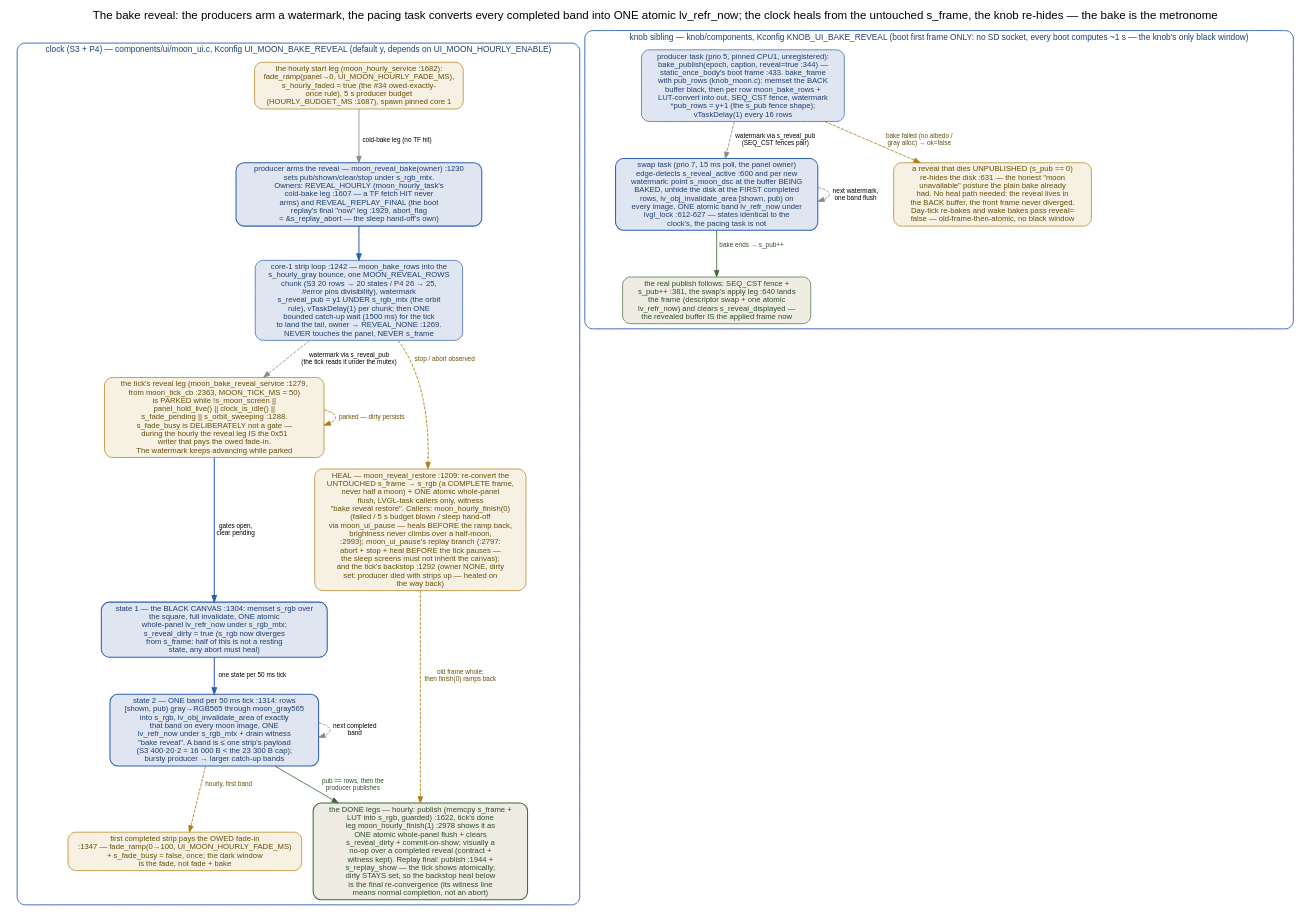
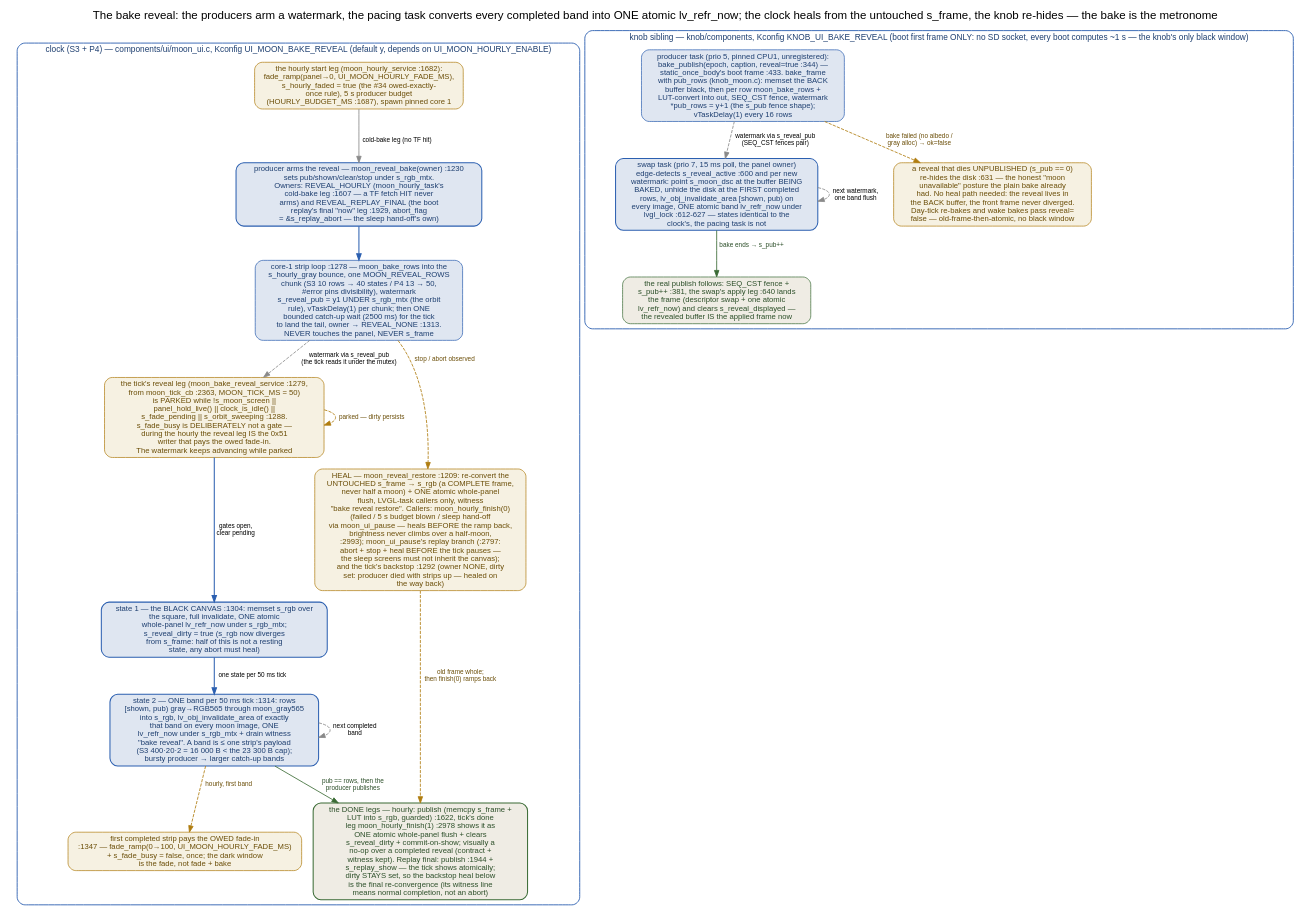
Before and after one commit to ukos-git/moon-clock-esp: the diagram in docs/_graphs/bake-reveal.dot, drawn with Graphviz. The commit also changed 104 other files, not shown here.

```diff
--- a/docs/_graphs/bake-reveal.dot
+++ b/docs/_graphs/bake-reveal.dot
@@ -1,89 +1,89 @@
 // The bake reveal (UI_MOON_BAKE_REVEAL / KNOB_UI_BAKE_REVEAL, user decision
 // 2026-11-14, docs/implementation/bake-reveal): the computation made visible,
 // on BOTH board families. Every edge verified in components/ui/moon_ui.c
 // (reveal section :1145-1354, hourly legs :1682-1713, replay final leg
 // :1902-1972, pause :2767, finish :2977) and knob/components/knob_ui/knob_ui.c
 // (bake_publish :344, swap_task :588) + knob_moon.c (bake_frame).
 // The clock and the knob share the STATES (black canvas, one completed band
 // per displayed state, one atomic lv_refr_now each) but not the buffer
 // strategy: the clock reveals into the LIVE s_rgb (every abort must heal from
 // the untouched s_frame), the knob reveals into the BACK buffer (the front
 // frame survives; a die-unpublished re-hides the disk instead).
 // Rendered inline as SVG by sphinx.ext.graphviz (dot on PATH).
 digraph bake_reveal {
     label="The bake reveal: the producers arm a watermark, the pacing task converts every completed band into ONE atomic lv_refr_now; the clock heals from the untouched s_frame, the knob re-hides — the bake is the metronome";
     labelloc="t";
     fontname="Helvetica"; fontsize=18;
     node [fontname="Helvetica", fontsize=12, style="rounded,filled",
           shape=box, width=1.8, height=0.5,
           fillcolor="#f2f2ef", color="#525252", penwidth=1.1];
     edge [fontname="Helvetica", fontsize=10, color="#8a8a8a", penwidth=1.3];
 
     subgraph cluster_clock {
         label="clock (S3 + P4) — components/ui/moon_ui.c, Kconfig UI_MOON_BAKE_REVEAL (default y, depends on UI_MOON_HOURLY_ENABLE)";
         fontsize=13; color="#2b5fb0"; fontcolor="#1e3f70"; penwidth=1.4; style="rounded";
 
         arm [label="producer arms the reveal — moon_reveal_bake(owner) :1230\nsets pub/shown/clear/stop under s_rgb_mtx.\nOwners: REVEAL_HOURLY (moon_hourly_task's\ncold-bake leg :1607 — a TF fetch HIT never\narms) and REVEAL_REPLAY_FINAL (the boot\nreplay's final \"now\" leg :1929, abort_flag\n= &s_replay_abort — the sleep hand-off's own)",
                fillcolor="#dfe6f1", color="#2b5fb0", fontcolor="#1e3f70", penwidth=1.6];
 
-        bake_loop [label="core-1 strip loop :1242 — moon_bake_rows into the\ns_hourly_gray bounce, one MOON_REVEAL_ROWS\nchunk (S3 20 rows → 20 states / P4 26 → 25,\n#error pins divisibility), watermark\ns_reveal_pub = y1 UNDER s_rgb_mtx (the orbit\nrule), vTaskDelay(1) per chunk; then ONE\nbounded catch-up wait (1500 ms) for the tick\nto land the tail, owner → REVEAL_NONE :1269.\nNEVER touches the panel, NEVER s_frame",
+        bake_loop [label="core-1 strip loop :1278 — moon_bake_rows into the\ns_hourly_gray bounce, one MOON_REVEAL_ROWS\nchunk (S3 10 rows → 40 states / P4 13 → 50,\n#error pins divisibility), watermark\ns_reveal_pub = y1 UNDER s_rgb_mtx (the orbit\nrule), vTaskDelay(1) per chunk; then ONE\nbounded catch-up wait (2500 ms) for the tick\nto land the tail, owner → REVEAL_NONE :1313.\nNEVER touches the panel, NEVER s_frame",
                      fillcolor="#dfe6f1", color="#2b5fb0", fontcolor="#1e3f70"];
 
         hourly_fade [label="the hourly start leg (moon_hourly_service :1682):\nfade_ramp(panel→0, UI_MOON_HOURLY_FADE_MS),\ns_hourly_faded = true (the #34 owed-exactly-\nonce rule), 5 s producer budget\n(HOURLY_BUDGET_MS :1687), spawn pinned core 1",
                        fillcolor="#f6f1e2", color="#b07d10", fontcolor="#6b4e08"];
 
         gate [label="the tick's reveal leg (moon_bake_reveal_service :1279,\nfrom moon_tick_cb :2363, MOON_TICK_MS = 50)\nis PARKED while !s_moon_screen ||\npanel_hold_live() || clock_is_idle() ||\ns_fade_pending || s_orbit_sweeping :1288.\ns_fade_busy is DELIBERATELY not a gate —\nduring the hourly the reveal leg IS the 0x51\nwriter that pays the owed fade-in.\nThe watermark keeps advancing while parked",
                  fillcolor="#f6f1e2", color="#b07d10", fontcolor="#6b4e08"];
 
         canvas [label="state 1 — the BLACK CANVAS :1304: memset s_rgb over\nthe square, full invalidate, ONE atomic\nwhole-panel lv_refr_now under s_rgb_mtx;\ns_reveal_dirty = true (s_rgb now diverges\nfrom s_frame: half of this is not a resting\nstate, any abort must heal)",
                   fillcolor="#dfe6f1", color="#2b5fb0", fontcolor="#1e3f70", penwidth=1.6];
 
         bands [label="state 2 — ONE band per 50 ms tick :1314: rows\n[shown, pub) gray→RGB565 through moon_gray565\ninto s_rgb, lv_obj_invalidate_area of exactly\nthat band on every moon image, ONE\nlv_refr_now under s_rgb_mtx + drain witness\n\"bake reveal\". A band is ≤ one strip's payload\n(S3 400·20·2 = 16 000 B < the 23 300 B cap);\nbursty producer → larger catch-up bands",
                  fillcolor="#dfe6f1", color="#2b5fb0", fontcolor="#1e3f70", penwidth=1.6];
 
         first_strip [label="first completed strip pays the OWED fade-in\n:1347 — fade_ramp(0→100, UI_MOON_HOURLY_FADE_MS)\n+ s_fade_busy = false, once; the dark window\nis the fade, not fade + bake",
                        fillcolor="#f6f1e2", color="#b07d10", fontcolor="#6b4e08"];
 
         done [label="the DONE legs — hourly: publish (memcpy s_frame +\nLUT into s_rgb, guarded) :1622, tick's done\nleg moon_hourly_finish(1) :2978 shows it as\nONE atomic whole-panel flush + clears\ns_reveal_dirty + commit-on-show; visually a\nno-op over a completed reveal (contract +\nwitness kept). Replay final: publish :1944 +\ns_replay_show — the tick shows atomically;\ndirty STAYS set, so the backstop heal below\nis the final re-convergence (its witness line\nmeans normal completion, not an abort)",
                  fillcolor="#efece4", color="#3a6b35", fontcolor="#2c4f29", penwidth=1.6];
 
         heal [label="HEAL — moon_reveal_restore :1209: re-convert the\nUNTOUCHED s_frame → s_rgb (a COMPLETE frame,\nnever half a moon) + ONE atomic whole-panel\nflush, LVGL-task callers only, witness\n\"bake reveal restore\". Callers: moon_hourly_finish(0)\n(failed / 5 s budget blown / sleep hand-off\nvia moon_ui_pause — heals BEFORE the ramp back,\nbrightness never climbs over a half-moon,\n:2993); moon_ui_pause's replay branch (:2797:\nabort + stop + heal BEFORE the tick pauses —\nthe sleep screens must not inherit the canvas);\nand the tick's backstop :1292 (owner NONE, dirty\nset: producer died with strips up — healed on\nthe way back)",
                 fillcolor="#f6f1e2", color="#b07d10", fontcolor="#6b4e08"];
     }
 
     subgraph cluster_knob {
         label="knob sibling — knob/components, Kconfig KNOB_UI_BAKE_REVEAL (boot first frame ONLY: no SD socket, every boot computes ~1 s — the knob's only black window)";
         fontsize=13; color="#2b5fb0"; fontcolor="#1e3f70"; penwidth=1.4; style="rounded";
 
         k_producer [label="producer task (prio 5, pinned CPU1, unregistered):\nbake_publish(epoch, caption, reveal=true :344) —\nstatic_once_body's boot frame :433. bake_frame\nwith pub_rows (knob_moon.c): memset the BACK\nbuffer black, then per row moon_bake_rows +\nLUT-convert into out, SEQ_CST fence, watermark\n*pub_rows = y+1 (the s_pub fence shape);\nvTaskDelay(1) every 16 rows",
                         fillcolor="#dfe6f1", color="#2b5fb0", fontcolor="#1e3f70"];
 
         k_swap [label="swap task (prio 7, 15 ms poll, the panel owner)\nedge-detects s_reveal_active :600 and per new\nwatermark: point s_moon_dsc at the buffer BEING\nBAKED, unhide the disk at the FIRST completed\nrows, lv_obj_invalidate_area [shown, pub) on\nevery image, ONE atomic band lv_refr_now under\nlvgl_lock :612-627 — states identical to the\nclock's, the pacing task is not",
                   fillcolor="#dfe6f1", color="#2b5fb0", fontcolor="#1e3f70", penwidth=1.6];
 
         k_apply [label="the real publish follows: SEQ_CST fence +\ns_pub++ :381, the swap's apply leg :640 lands\nthe frame (descriptor swap + one atomic\nlv_refr_now) and clears s_reveal_displayed —\nthe revealed buffer IS the applied frame now",
                    fillcolor="#efece4", color="#3a6b35", fontcolor="#2c4f29"];
 
         k_hide [label="a reveal that dies UNPUBLISHED (s_pub == 0)\nre-hides the disk :631 — the honest \"moon\nunavailable\" posture the plain bake already\nhad. No heal path needed: the reveal lives in\nthe BACK buffer, the front frame never diverged.\nDay-tick re-bakes and wake bakes pass reveal=\nfalse — old-frame-then-atomic, no black window",
                   fillcolor="#f6f1e2", color="#b07d10", fontcolor="#6b4e08"];
     }
 
     // --- clock flow
     hourly_fade -> arm [label="cold-bake leg (no TF hit)"];
     arm -> bake_loop [color="#2b5fb0", penwidth=1.6];
     bake_loop -> gate [style=dashed, label="watermark via s_reveal_pub\n(the tick reads it under the mutex)"];
     gate -> canvas [color="#2b5fb0", penwidth=1.6, label="gates open,\nclear pending"];
     canvas -> bands [color="#2b5fb0", penwidth=1.6, label="one state per 50 ms tick"];
     bands -> bands [style=dashed, label="next completed\nband"];
     bands -> first_strip [color="#b07d10", fontcolor="#6b4e08", style=dashed, label="hourly, first band"];
     bands -> done [color="#3a6b35", fontcolor="#2c4f29", label="pub == rows, then the\nproducer publishes"];
     gate -> gate [color="#b07d10", fontcolor="#6b4e08", style=dashed, label="parked — dirty persists"];
     bake_loop -> heal [color="#b07d10", fontcolor="#6b4e08", style=dashed, label="stop / abort observed"];
     heal -> done [color="#b07d10", fontcolor="#6b4e08", style=dashed, label="old frame whole;\nthen finish(0) ramps back"];
 
     // --- knob flow
     k_producer -> k_swap [style=dashed, label="watermark via s_reveal_pub\n(SEQ_CST fences pair)"];
     k_swap -> k_swap [style=dashed, label="next watermark,\none band flush"];
     k_swap -> k_apply [color="#3a6b35", fontcolor="#2c4f29", label="bake ends → s_pub++"];
     k_producer -> k_hide [color="#b07d10", fontcolor="#6b4e08", style=dashed, label="bake failed (no albedo /\ngray alloc) → ok=false"];
 }
```
